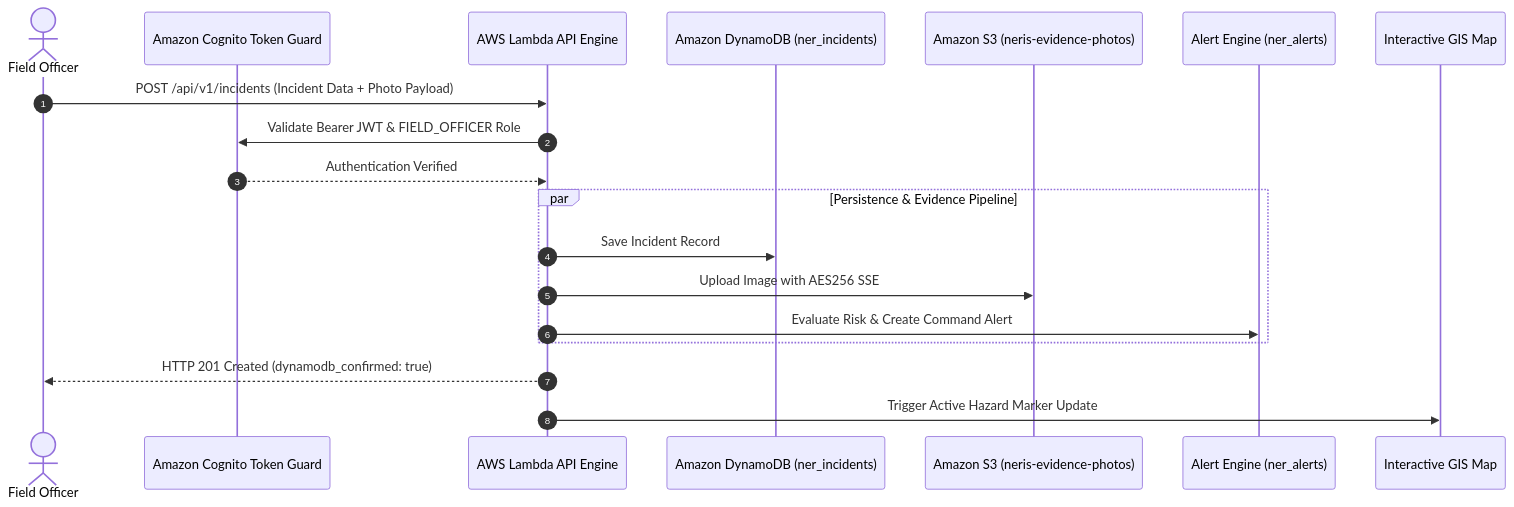
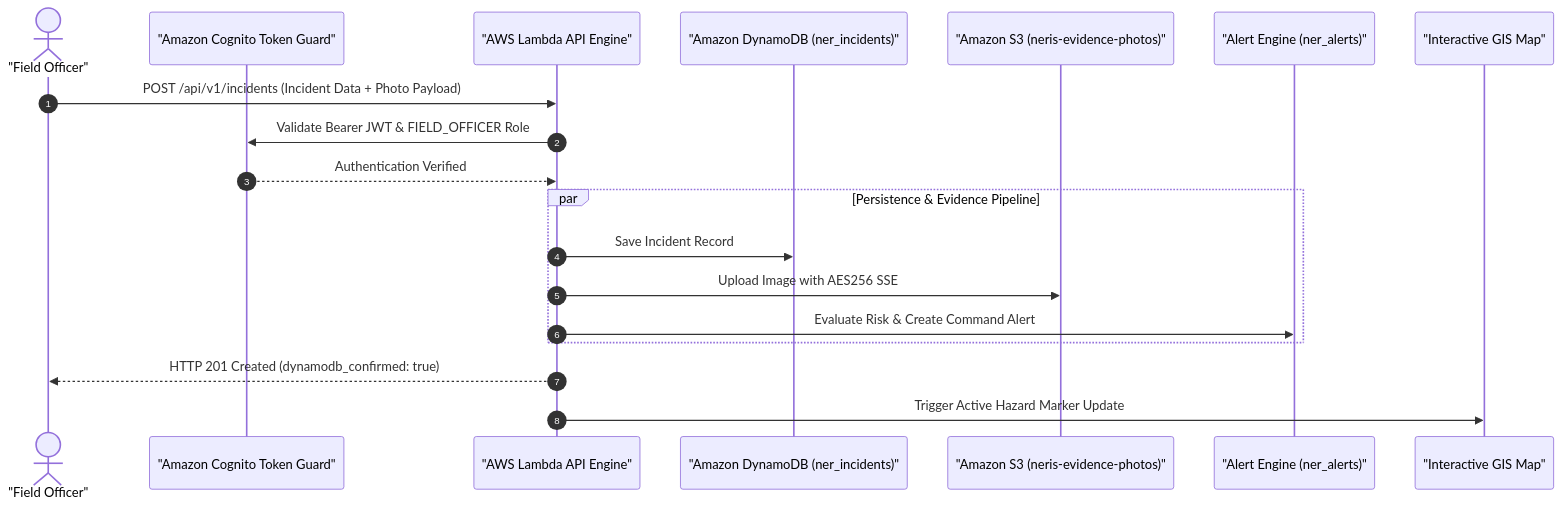
The second of 7 diagrams in ARCHITECTURE.md (Hritik983567-Art/NERIS), drawn with Mermaid before and after one commit. The commit also changed other lines of this file and 1 other file, not shown here.

Commit message:
fix(docs): quote all sequence diagram participant aliases in ARCHITECTURE.md and DOCUMENTATION.md

````diff
--- a/ARCHITECTURE.md
+++ b/ARCHITECTURE.md
@@ -52,24 +52,24 @@
 ```mermaid
 sequenceDiagram
     autonumber
-    actor Officer as Field Officer
-    participant Auth as Amazon Cognito Token Guard
-    participant API as AWS Lambda API Engine
-    participant DDB as Amazon DynamoDB (ner_incidents)
-    participant S3 as Amazon S3 (neris-evidence-photos)
-    participant Alert as Alert Engine (ner_alerts)
-    participant GIS as Interactive GIS Map
+    actor Officer as "Field Officer"
+    participant Auth as "Amazon Cognito Token Guard"
+    participant API as "AWS Lambda API Engine"
+    participant DDB as "Amazon DynamoDB (ner_incidents)"
+    participant S3 as "Amazon S3 (neris-evidence-photos)"
+    participant Alert as "Alert Engine (ner_alerts)"
+    participant GIS as "Interactive GIS Map"
 
     Officer->>API: POST /api/v1/incidents (Incident Data + Photo Payload)
     API->>Auth: Validate Bearer JWT & FIELD_OFFICER Role
     Auth-->>API: Authentication Verified
     
     par Persistence & Evidence Pipeline
         API->>DDB: Save Incident Record
         API->>S3: Upload Image with AES256 SSE
         API->>Alert: Evaluate Risk & Create Command Alert
     end
 
     API-->>Officer: HTTP 201 Created (dynamodb_confirmed: true)
     API->>GIS: Trigger Active Hazard Marker Update
 ```
````
